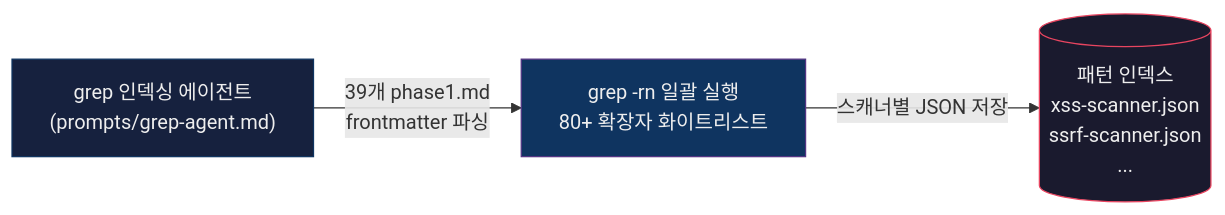
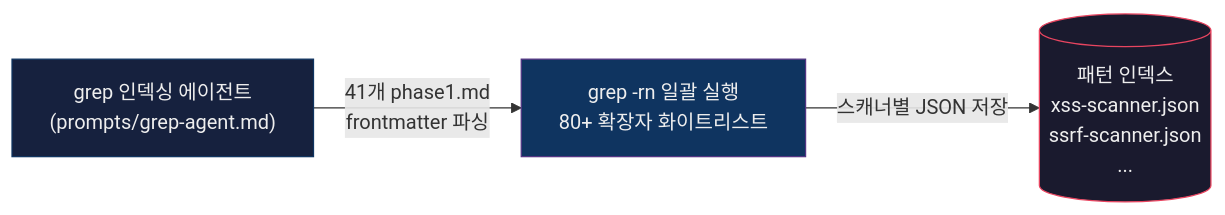
One commit to nomarlhack/noah-sast changed the second of 5 diagrams in README.md. Above: the diagram before and after it, drawn with Mermaid. The commit also changed other lines of this file and 11 other files, not shown here.

````diff
--- a/README.md
+++ b/README.md
@@ -86,10 +86,10 @@
 ```mermaid
 flowchart LR
     Agent["grep 인덱싱 에이전트\n(prompts/grep-agent.md)"]
-    Agent -->|"39개 phase1.md\nfrontmatter 파싱"| Grep["grep -rn 일괄 실행\n80+ 확장자 화이트리스트"]
+    Agent -->|"41개 phase1.md\nfrontmatter 파싱"| Grep["grep -rn 일괄 실행\n80+ 확장자 화이트리스트"]
     Grep -->|스캐너별 JSON 저장| Dir[("패턴 인덱스\nxss-scanner.json\nssrf-scanner.json\n...")]
 
     style Agent fill:#16213e,stroke:#0f3460,color:#eee
     style Grep fill:#0f3460,stroke:#533483,color:#eee
     style Dir fill:#1a1a2e,stroke:#e94560,color:#eee
 ```
````
